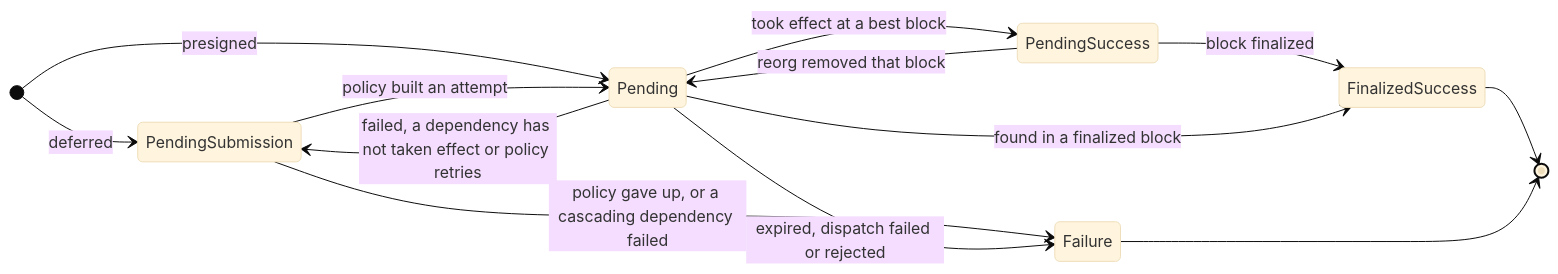
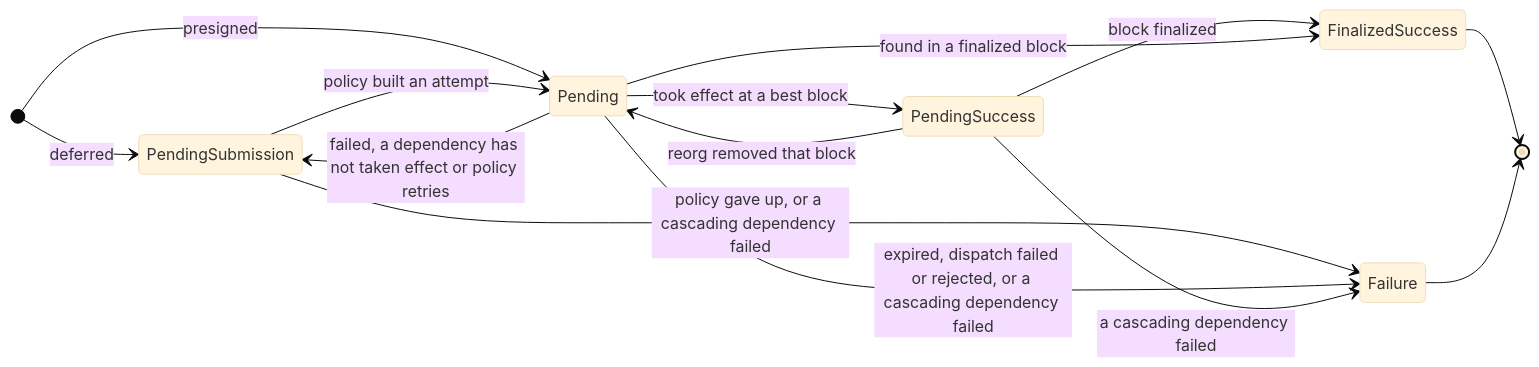
The diagram in docs/design/transaction-durability-engine.md (paritytech/trinity-user-agents), drawn with Mermaid (base theme) before and after one commit. The commit also changed other lines of this file and 4 other files, not shown here.

First line of the commit message:
fix(truapi): cascade a dependency's failure into every unfinished dependent

````diff
--- a/docs/design/transaction-durability-engine.md
+++ b/docs/design/transaction-durability-engine.md
@@ -80,16 +80,17 @@
 ```mermaid
 stateDiagram-v2
     direction LR
     [*] --> PendingSubmission: deferred
     [*] --> Pending: presigned
     PendingSubmission --> Pending: policy built an attempt
     PendingSubmission --> Failure: policy gave up, or a cascading dependency failed
     Pending --> PendingSuccess: took effect at a best block
     PendingSuccess --> Pending: reorg removed that block
     PendingSuccess --> FinalizedSuccess: block finalized
     Pending --> FinalizedSuccess: found in a finalized block
     Pending --> PendingSubmission: failed, a dependency has not taken effect or policy retries
-    Pending --> Failure: expired, dispatch failed or rejected
+    Pending --> Failure: expired, dispatch failed or rejected, or a cascading dependency failed
+    PendingSuccess --> Failure: a cascading dependency failed
     FinalizedSuccess --> [*]
     Failure --> [*]
 ```
````
